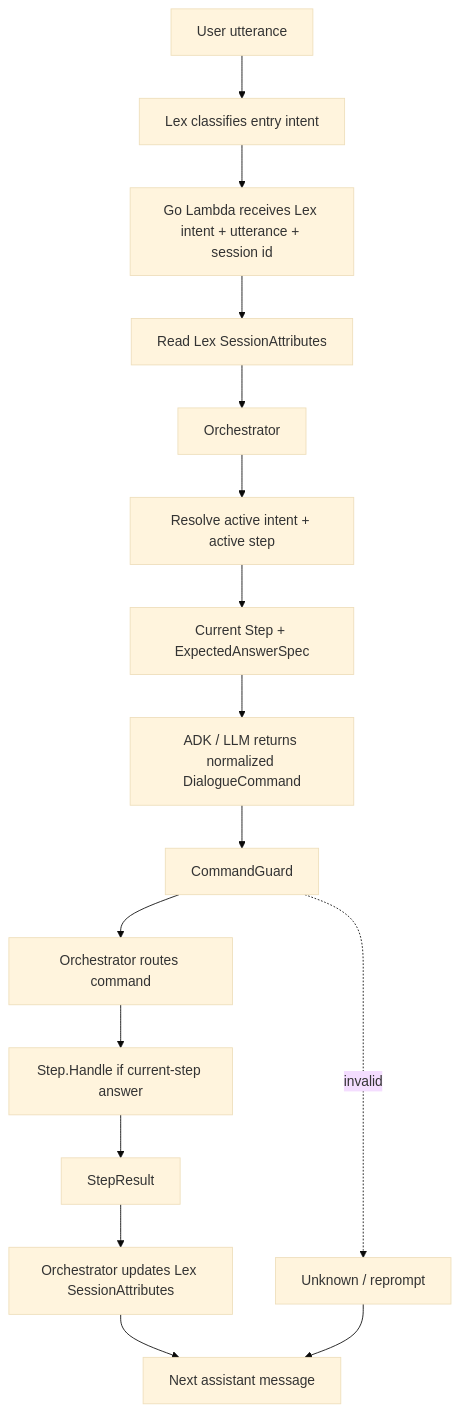
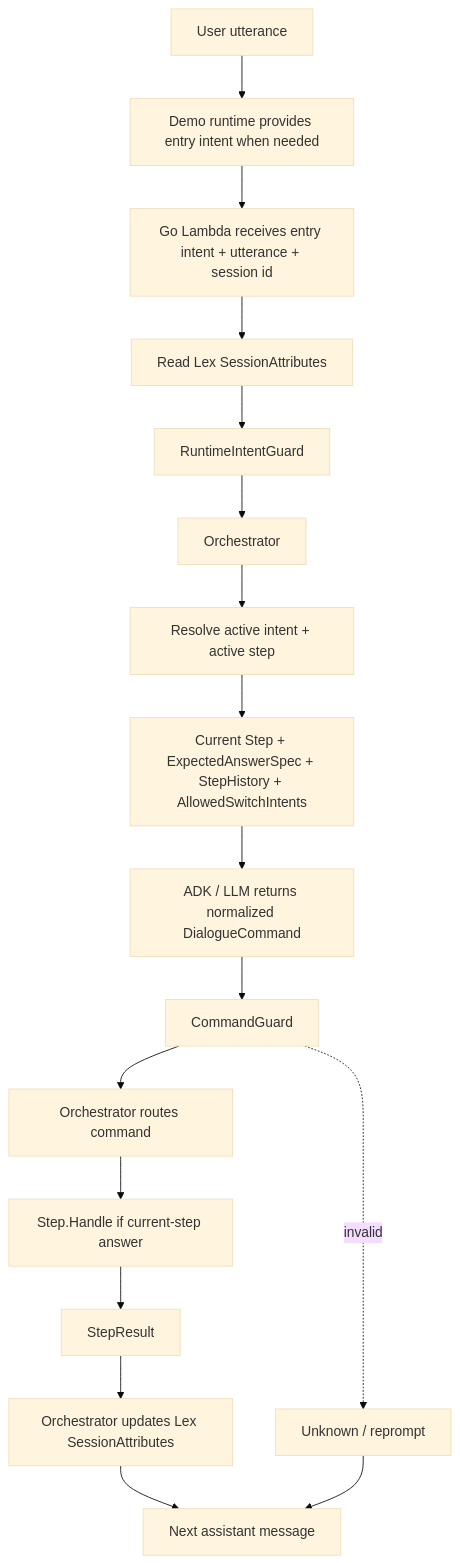
The first of 9 diagrams in docs/superpowers/specs/2026-06-07-intent-step-orchestration-confluence.md (fghjkl007/adk-go-company-model-integration), drawn with Mermaid (base theme) before and after one commit. The commit also changed other lines of this file and 2 other files, not shown here.

Commit message:
docs: update intent step orchestration design

````diff
--- a/docs/superpowers/specs/2026-06-07-intent-step-orchestration-confluence.md
+++ b/docs/superpowers/specs/2026-06-07-intent-step-orchestration-confluence.md
@@ -29,19 +29,20 @@
 ```mermaid
 flowchart TD
-  User["User utterance"] --> Lex["Lex classifies entry intent"]
-  Lex --> Lambda["Go Lambda receives Lex intent + utterance + session id"]
+  User["User utterance"] --> Entry["Demo runtime provides entry intent when needed"]
+  Entry --> Lambda["Go Lambda receives entry intent + utterance + session id"]
   Lambda --> SessionRead["Read Lex SessionAttributes"]
-  SessionRead --> Orchestrator["Orchestrator"]
+  SessionRead --> RuntimeGuard["RuntimeIntentGuard"]
+  RuntimeGuard --> Orchestrator["Orchestrator"]
   Orchestrator --> Active["Resolve active intent + active step"]
-  Active --> Spec["Current Step + ExpectedAnswerSpec"]
+  Active --> Spec["Current Step + ExpectedAnswerSpec + StepHistory + AllowedSwitchIntents"]
   Spec --> Command["ADK / LLM returns normalized DialogueCommand"]
   Command --> Guard["CommandGuard"]
   Guard --> Route["Orchestrator routes command"]
   Route --> Step["Step.Handle if current-step answer"]
   Step --> StepResult["StepResult"]
   StepResult --> SessionWrite["Orchestrator updates Lex SessionAttributes"]
   SessionWrite --> Response["Next assistant message"]
 
   Guard -. "invalid" .-> Unknown["Unknown / reprompt"]
   Unknown --> Response
 ```
````
